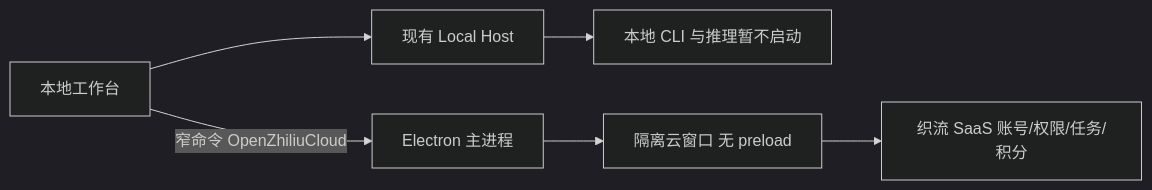
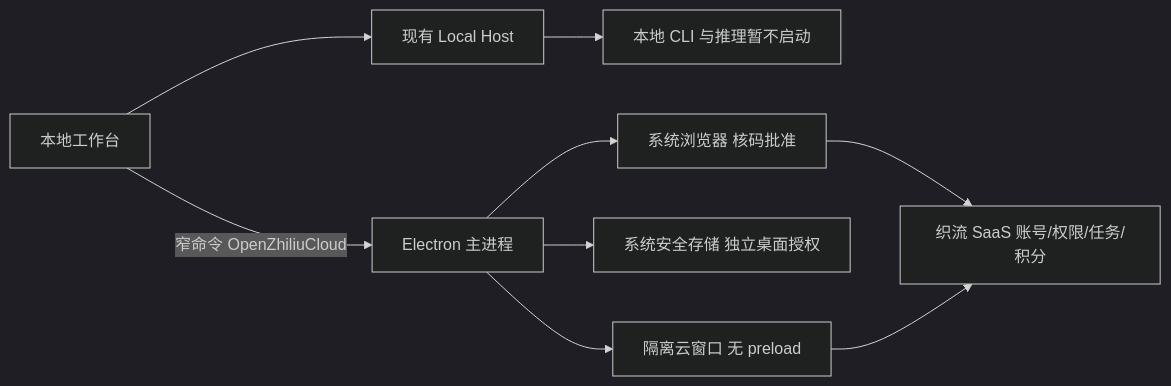
One commit to yimoxzy/ZCode changed the diagram in specs/zhiliu-desktop-edition.md. Above: the diagram before and after it, drawn with Mermaid (dark theme). The commit also changed other lines of this file and 24 other files, not shown here.

````diff
--- a/specs/zhiliu-desktop-edition.md
+++ b/specs/zhiliu-desktop-edition.md
@@ -37,8 +46,11 @@
 ```mermaid
 flowchart LR
   UI[本地工作台] -->|窄命令 OpenZhiliuCloud| Main[Electron 主进程]
   UI --> Host[现有 Local Host]
   Host --> Closed[本地 CLI 与推理暂不启动]
+  Main --> Browser[系统浏览器 核码批准]
+  Browser --> SaaS
+  Main --> Credentials[系统安全存储 独立桌面授权]
   Main --> Cloud[隔离云窗口 无 preload]
   Cloud --> SaaS[织流 SaaS 账号/权限/任务/积分]
 ```
````
